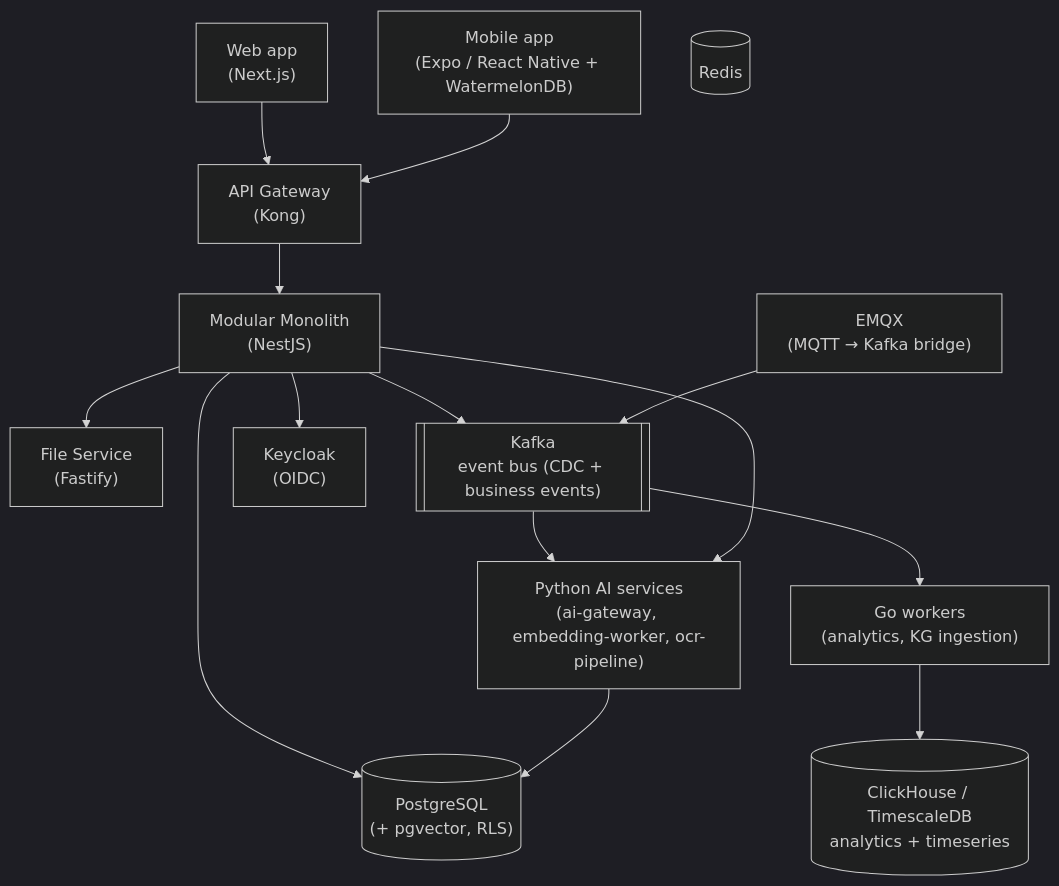
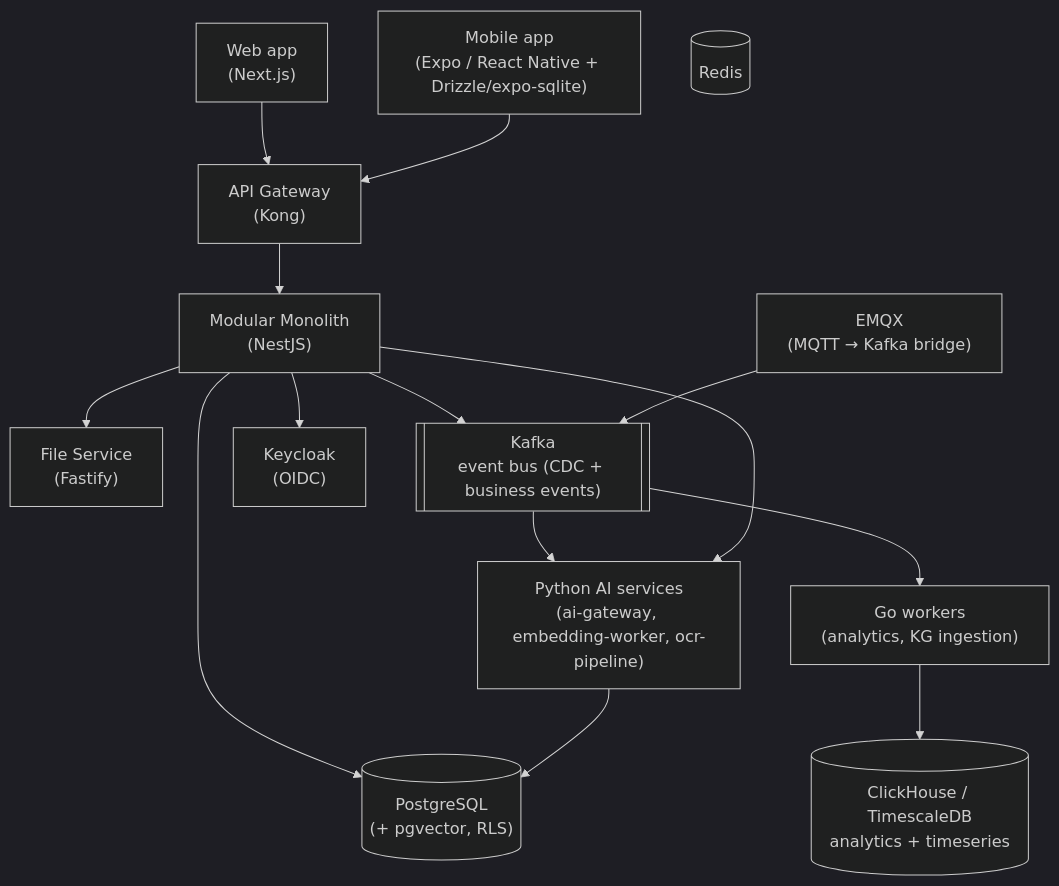
The third of 3 diagrams in docs/specifications/03-system-design.md (thitipongroo/cos), drawn with Mermaid (dark theme) before and after one commit. The commit also changed 10 other files, not shown here.

````diff
--- a/docs/specifications/03-system-design.md
+++ b/docs/specifications/03-system-design.md
@@ -127,29 +127,29 @@
 ```mermaid
 flowchart TB
     Web["Web app\n(Next.js)"]
-    Mob["Mobile app\n(Expo / React Native + WatermelonDB)"]
+    Mob["Mobile app\n(Expo / React Native + Drizzle/expo-sqlite)"]
     GW["API Gateway\n(Kong)"]
     API["Modular Monolith\n(NestJS)"]
     FS["File Service\n(Fastify)"]
     GoW["Go workers\n(analytics, KG ingestion)"]
     PyAI["Python AI services\n(ai-gateway, embedding-worker, ocr-pipeline)"]
     PG[("PostgreSQL\n(+ pgvector, RLS)")]
     CH[("ClickHouse / TimescaleDB\nanalytics + timeseries")]
     K[["Kafka\nevent bus (CDC + business events)"]]
     R[("Redis")]
     KC["Keycloak\n(OIDC)"]
     MQ["EMQX\n(MQTT → Kafka bridge)"]
 
     Web --> GW
     Mob --> GW
     GW --> API
     API --> PG
     API --> FS
     API --> KC
     API --> K
     K --> GoW --> CH
     K --> PyAI
     PyAI --> PG
     API --> PyAI
     MQ --> K
 ```
````
